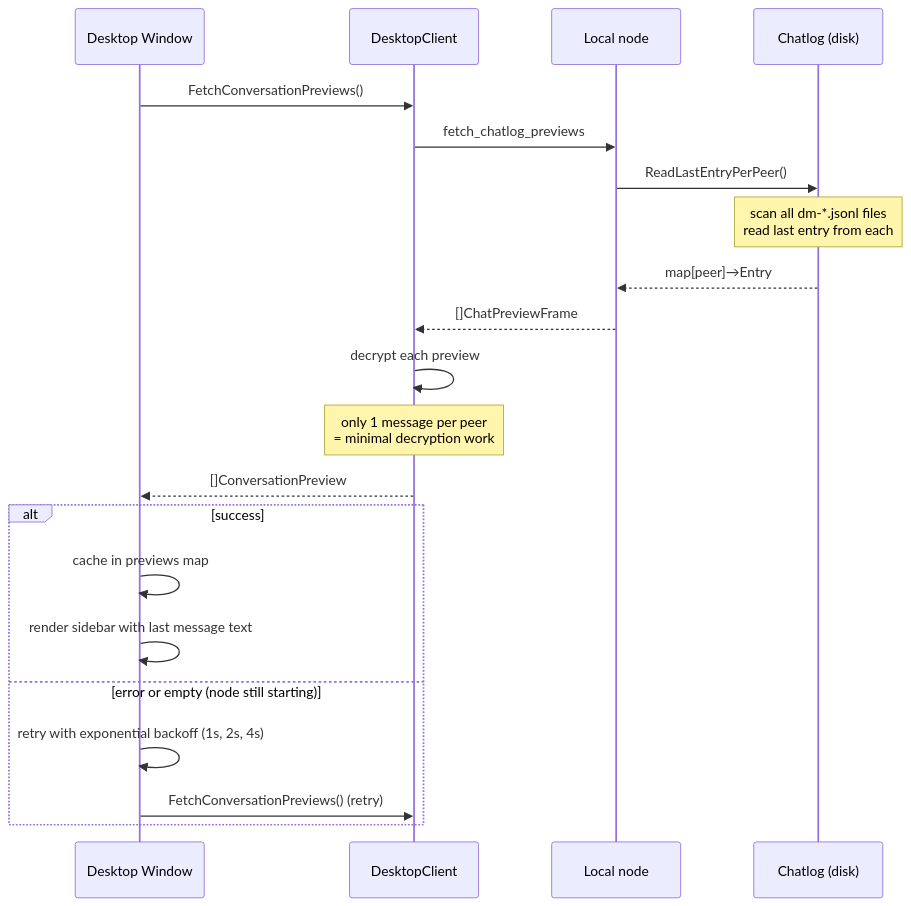
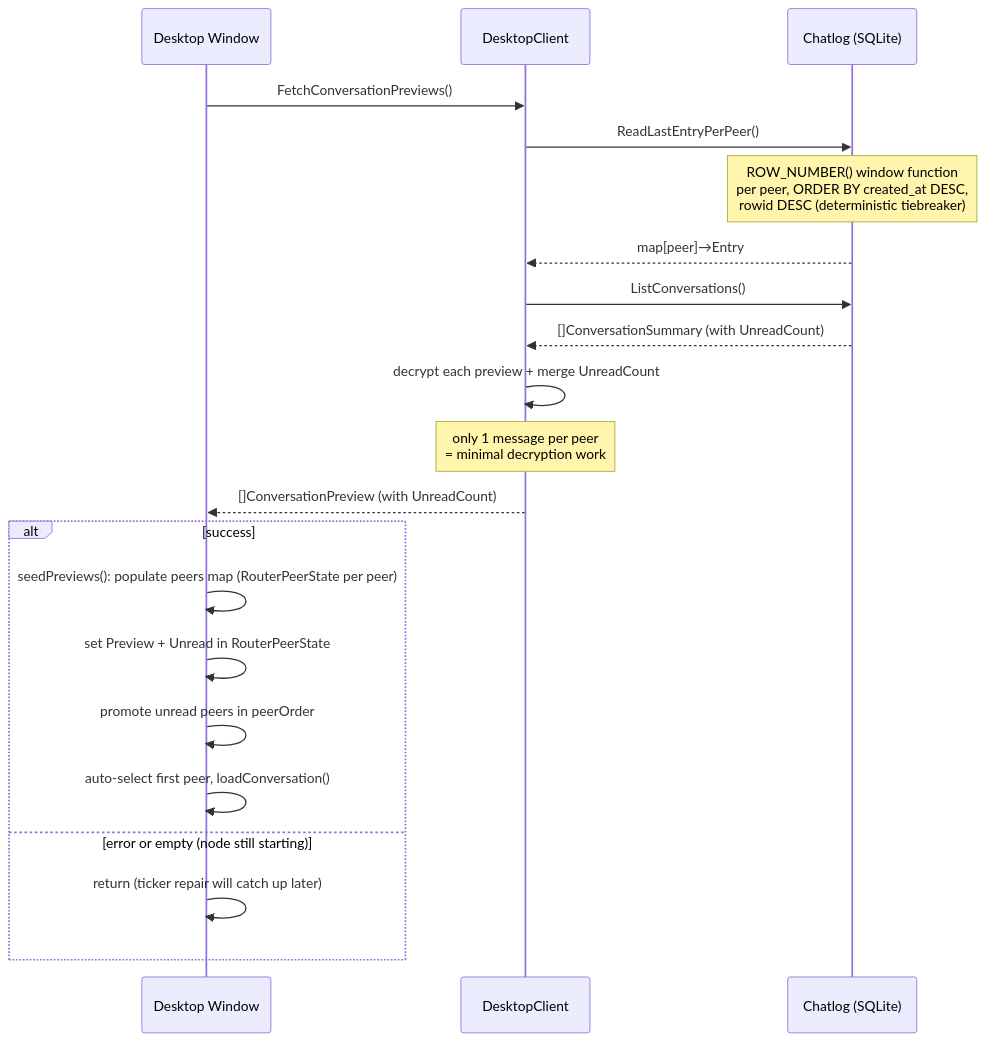
The sixth of 16 diagrams in docs/chatlog.md (piratecash/corsa), drawn with Mermaid before and after one commit. The commit also changed other lines of this file and 35 other files, not shown here.

First line of the commit message:
feat(service): extract DMRouter, migrate chatlog to SQLite, add structured logging

````diff
--- a/docs/chatlog.md
+++ b/docs/chatlog.md
@@ -149,24 +164,24 @@
 ```mermaid
 sequenceDiagram
     participant UI as Desktop Window
     participant SVC as DesktopClient
-    participant NODE as Local node
-    participant LOG as Chatlog (disk)
+    participant LOG as Chatlog (SQLite)
 
     UI->>SVC: FetchConversationPreviews()
-    SVC->>NODE: fetch_chatlog_previews
-    NODE->>LOG: ReadLastEntryPerPeer()
-    Note over LOG: scan all dm-*.jsonl files<br/>read last entry from each
-    LOG-->>NODE: map[peer]→Entry
-    NODE-->>SVC: []ChatPreviewFrame
-    SVC->>SVC: decrypt each preview
+    SVC->>LOG: ReadLastEntryPerPeer()
+    Note over LOG: ROW_NUMBER() window function<br/>per peer, ORDER BY created_at DESC,<br/>rowid DESC (deterministic tiebreaker)
+    LOG-->>SVC: map[peer]→Entry
+    SVC->>LOG: ListConversations()
+    LOG-->>SVC: []ConversationSummary (with UnreadCount)
+    SVC->>SVC: decrypt each preview + merge UnreadCount
     Note over SVC: only 1 message per peer<br/>= minimal decryption work
-    SVC-->>UI: []ConversationPreview
+    SVC-->>UI: []ConversationPreview (with UnreadCount)
     alt success
-        UI->>UI: cache in previews map
-        UI->>UI: render sidebar with last message text
+        UI->>UI: seedPreviews(): populate peers map (RouterPeerState per peer)
+        UI->>UI: set Preview + Unread in RouterPeerState
+        UI->>UI: promote unread peers in peerOrder
+        UI->>UI: auto-select first peer, loadConversation()
     else error or empty (node still starting)
-        UI->>UI: retry with exponential backoff (1s, 2s, 4s)
-        UI->>SVC: FetchConversationPreviews() (retry)
+        UI->>UI: return (ticker repair will catch up later)
     end
 ```
````
